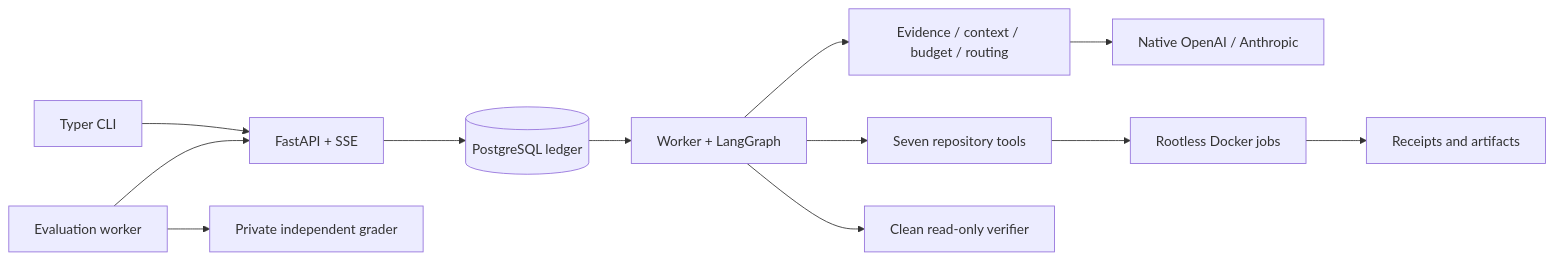
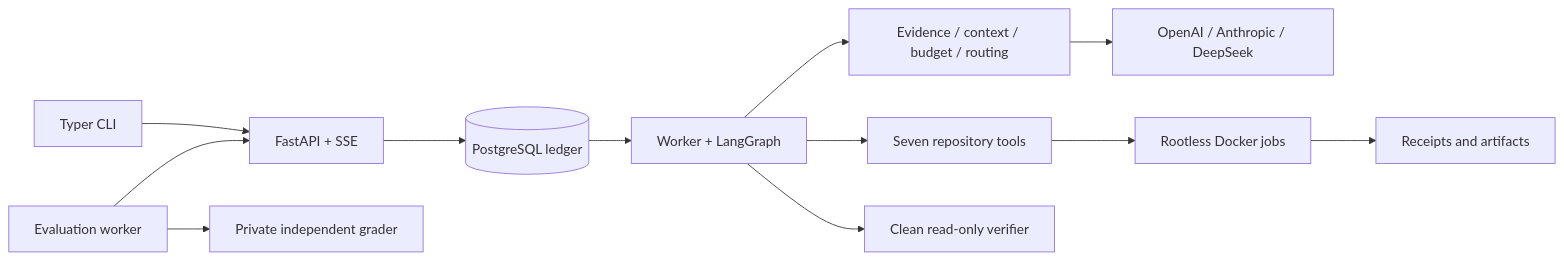
One commit to simon-jd/forge-evidence-agent changed the diagram in README.md. Above: the diagram before and after it, drawn with Mermaid. The commit also changed other lines of this file and 30 other files, not shown here.

Commit message:
Add DeepSeek Responses and a durable ten-dollar evaluation campaign

````diff
--- a/README.md
+++ b/README.md
@@ -19,14 +19,14 @@
 ```mermaid
 flowchart LR
     CLI[Typer CLI] --> API[FastAPI + SSE]
     API --> DB[(PostgreSQL ledger)]
     DB --> W[Worker + LangGraph]
     W --> C[Evidence / context / budget / routing]
-    C --> P[Native OpenAI / Anthropic]
+    C --> P[OpenAI / Anthropic / DeepSeek]
     W --> T[Seven repository tools]
     T --> D[Rootless Docker jobs]
     D --> A[Receipts and artifacts]
     W --> V[Clean read-only verifier]
     E[Evaluation worker] --> API
     E --> G[Private independent grader]
 ```
````
